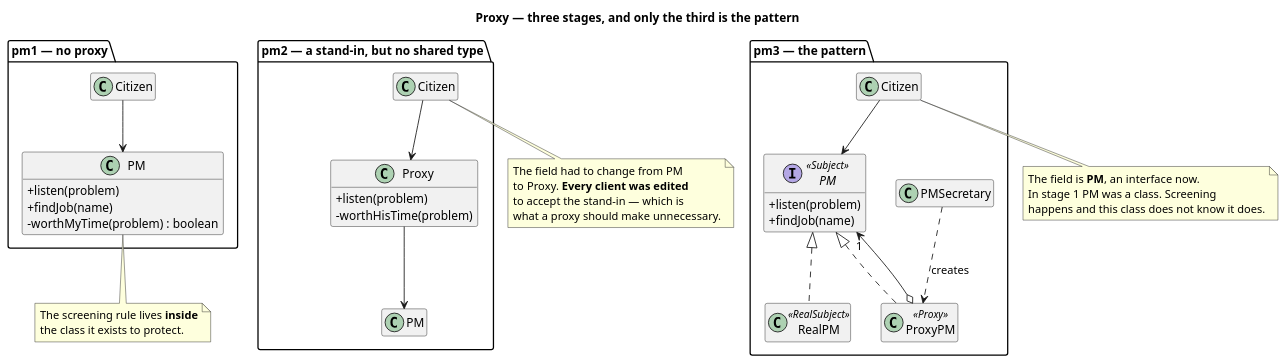
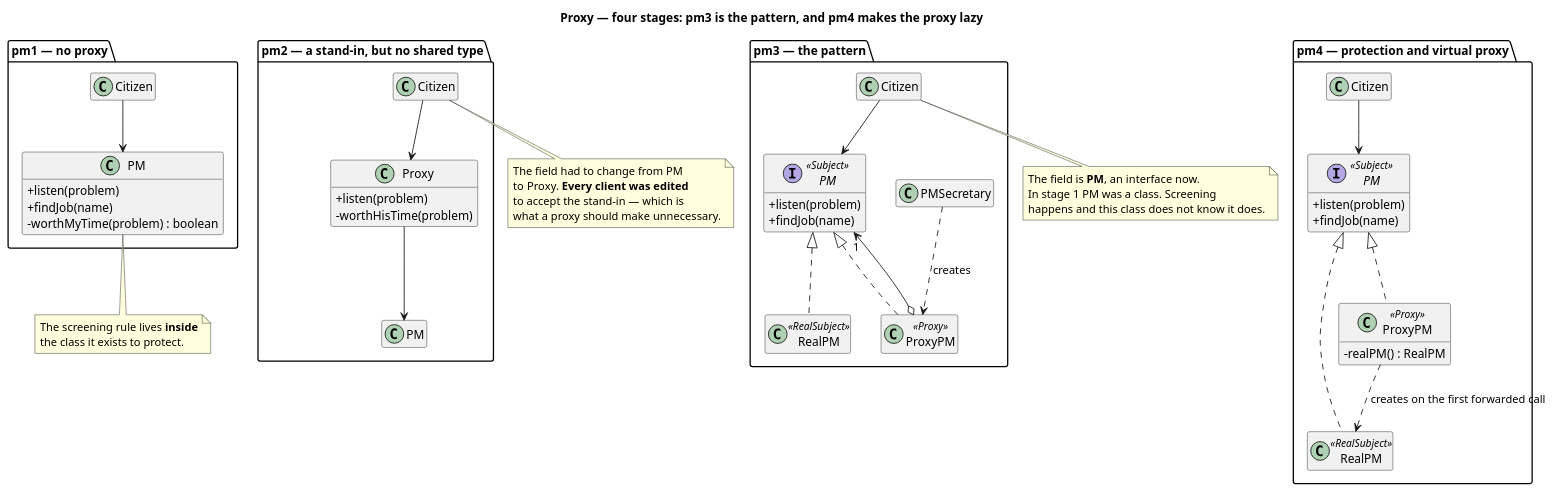
The diagram in src/main/java/dev/kaldiroglu/dp/structural/proxy/pm/uml/Proxy - Prime Minister - Class Diagram.puml (kaldiroglu/DesignPatternsWithJava), drawn with PlantUML before and after one commit. The commit also changed 8 other files, not shown here.

Commit message:
Proxy pm4: ProxyPM creates a package-private RealPM on the first forwarded call; Citizen takes a PM

```diff
--- a/src/main/java/dev/kaldiroglu/dp/structural/proxy/pm/uml/Proxy - Prime Minister - Class Diagram.puml
+++ b/src/main/java/dev/kaldiroglu/dp/structural/proxy/pm/uml/Proxy - Prime Minister - Class Diagram.puml
@@ -1,63 +1,80 @@
 @startuml "Proxy - Prime Minister - Class Diagram"
 skinparam classAttributeIconSize 0
 hide empty members
-title Proxy — three stages, and only the third is the pattern
+title Proxy — four stages: pm3 is the pattern, and pm4 makes the proxy lazy
 
 
 package "pm1 — no proxy" {
   class PM1 as "PM" {
     + listen(problem)
     + findJob(name)
     - worthMyTime(problem) : boolean
   }
   class Citizen1 as "Citizen"
   Citizen1 --> PM1
 }
 
 package "pm2 — a stand-in, but no shared type" {
   class PM2 as "PM"
   class Proxy2 as "Proxy" {
     + listen(problem)
     - worthHisTime(problem)
   }
   class Citizen2 as "Citizen"
   Citizen2 --> Proxy2
   Proxy2 --> PM2
 }
 
 package "pm3 — the pattern" {
   interface PM3 as "PM" <<Subject>> {
     + listen(problem)
     + findJob(name)
   }
   class RealPM <<RealSubject>>
   class ProxyPM <<Proxy>>
   class PMSecretary
   class Citizen3 as "Citizen"
 
   PM3 <|.. RealPM
   PM3 <|.. ProxyPM
   ProxyPM o--> "1" PM3
   PMSecretary ..> ProxyPM : creates
   Citizen3 --> PM3
 }
 
 note bottom of PM1
   The screening rule lives <b>inside</b>
   the class it exists to protect.
 end note
 
 note bottom of Citizen2
   The field had to change from PM
   to Proxy. <b>Every client was edited</b>
   to accept the stand-in — which is
   what a proxy should make unnecessary.
 end note
 
 note bottom of Citizen3
   The field is <b>PM</b>, an interface now.
   In stage 1 PM was a class. Screening
   happens and this class does not know it does.
 end note
 
+package "pm4 — protection and virtual proxy" {
+  interface PM4 as "PM" <<Subject>> {
+    + listen(problem)
+    + findJob(name)
+  }
+  class RealPM4 as "RealPM" <<RealSubject>>
+  class ProxyPM4 as "ProxyPM" <<Proxy>> {
+    - realPM() : RealPM
+  }
+  class Citizen4 as "Citizen"
+
+  PM4 <|.. RealPM4
+  PM4 <|.. ProxyPM4
+  ProxyPM4 ..> RealPM4 : creates on the first forwarded call
+  Citizen4 --> PM4
+}
+
 @enduml
```
